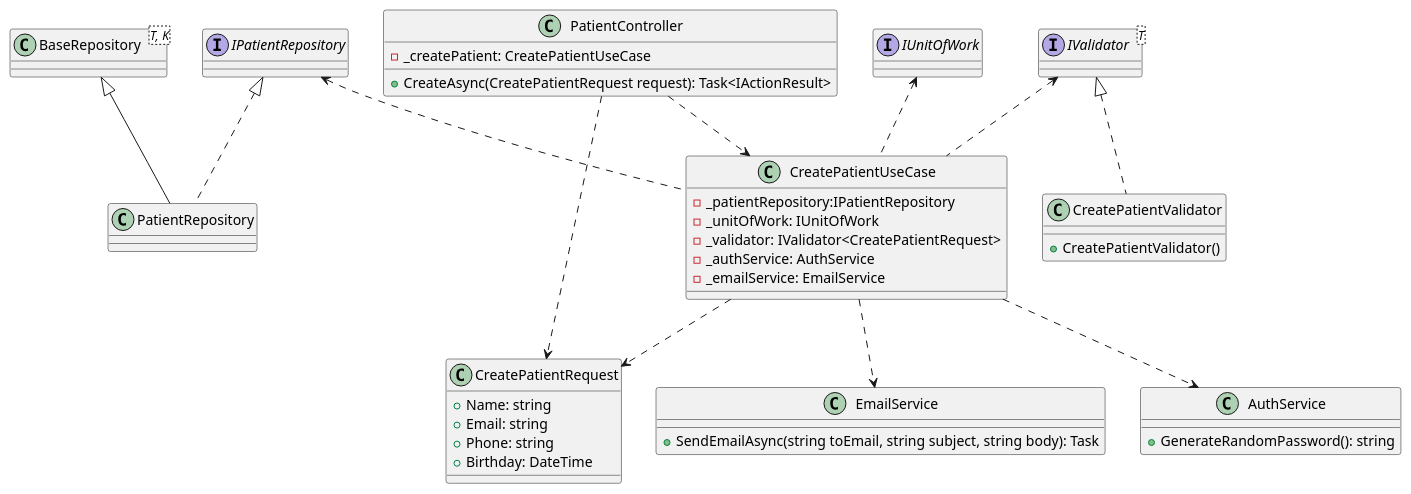
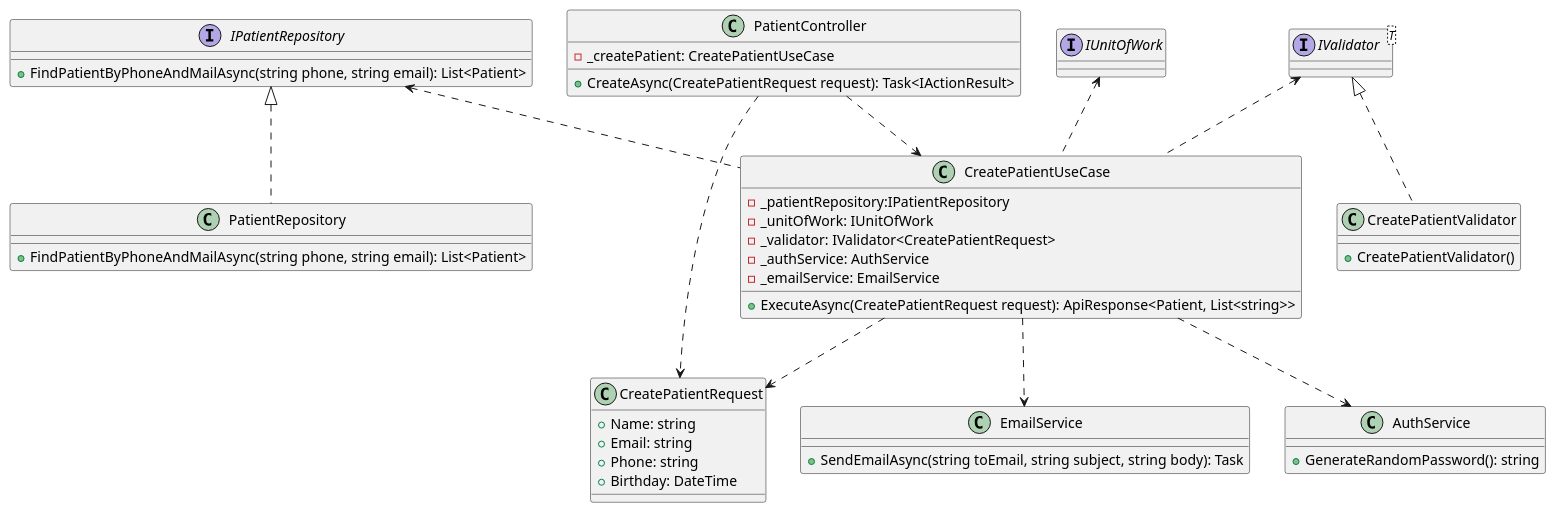
The diagram in ClassDiagram/Patient/CreatePatientCD.puml (jang1902/SEP490_Sequence), drawn with PlantUML before and after one commit. The commit also changed 8 other files, not shown here.

```diff
--- a/ClassDiagram/Patient/CreatePatientCD.puml
+++ b/ClassDiagram/Patient/CreatePatientCD.puml
@@ -1,57 +1,58 @@
 @startuml
-interface IPatientRepository
+interface IPatientRepository{
++FindPatientByPhoneAndMailAsync(string phone, string email): List<Patient>
+}
 interface IValidator<T>
 interface IUnitOfWork
 
-class BaseRepository<T, K>
-
 class PatientRepository {
++FindPatientByPhoneAndMailAsync(string phone, string email): List<Patient>
 }
 
 class CreatePatientUseCase {
   - _patientRepository:IPatientRepository
   - _unitOfWork: IUnitOfWork
   - _validator: IValidator<CreatePatientRequest>
   - _authService: AuthService
   - _emailService: EmailService
+  +ExecuteAsync(CreatePatientRequest request): ApiResponse<Patient, List<string>>
 }
 
 class CreatePatientValidator {
   + CreatePatientValidator()
 }
 
 class PatientController {
   -  _createPatient: CreatePatientUseCase
   + CreateAsync(CreatePatientRequest request): Task<IActionResult>
 }
 
 class CreatePatientRequest {
   + Name: string
   + Email: string
   + Phone: string
   + Birthday: DateTime
 }
 
 
 class AuthService {
   + GenerateRandomPassword(): string
 }
 
 class EmailService {
   + SendEmailAsync(string toEmail, string subject, string body): Task
 }
 
-BaseRepository <|-- PatientRepository
 IPatientRepository <|.. PatientRepository
 IPatientRepository <.. CreatePatientUseCase
 IUnitOfWork <.. CreatePatientUseCase
 IValidator <|.. CreatePatientValidator
 IValidator <.. CreatePatientUseCase
 
 CreatePatientUseCase ..> CreatePatientRequest
 CreatePatientUseCase ..> AuthService
 CreatePatientUseCase ..> EmailService
 PatientController ..> CreatePatientUseCase
 PatientController ..> CreatePatientRequest
 
 @enduml
```
